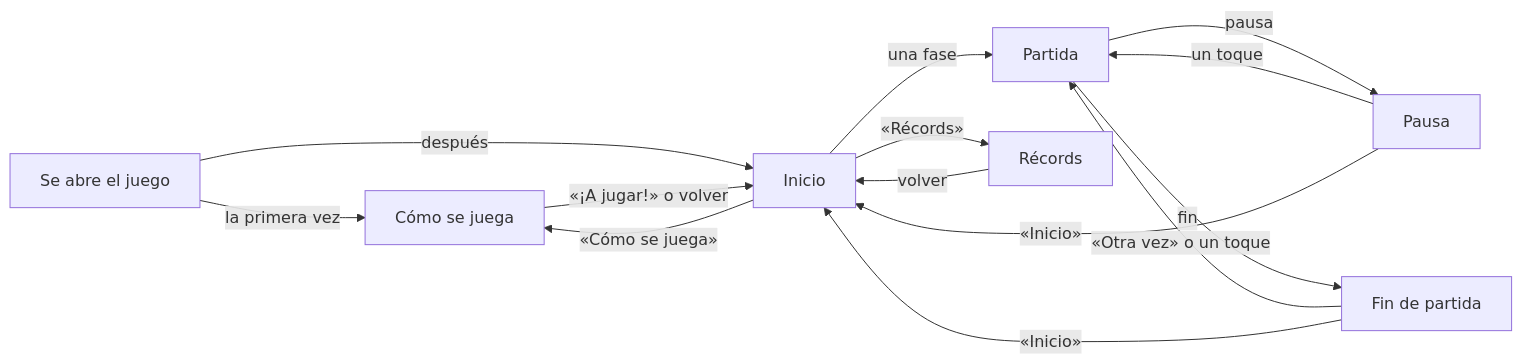
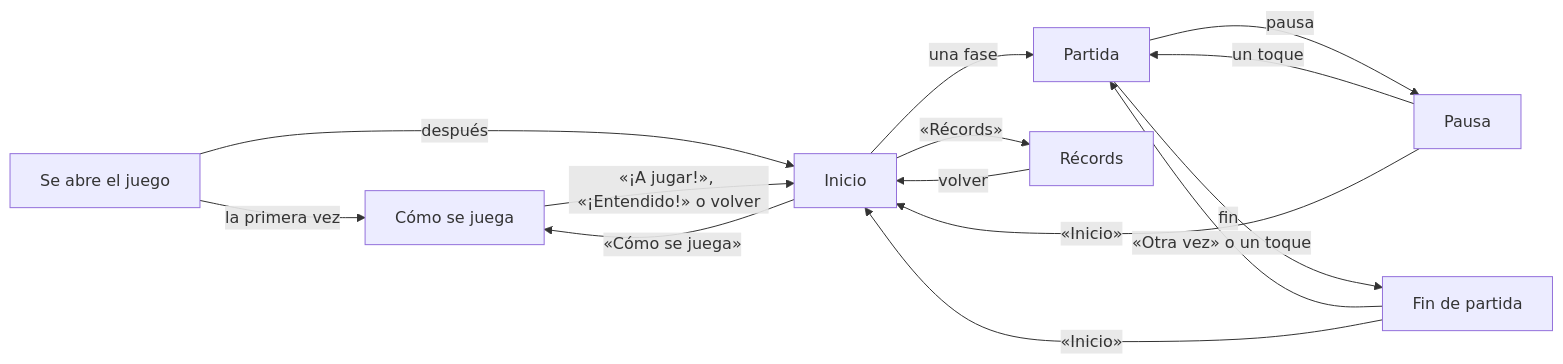
Before and after one commit to fanguskdev-io/CaroFarty-Adventures: the diagram in docs/pantallas.md, drawn with Mermaid. The commit also changed other lines of this file and 80 other files, not shown here.

````diff
--- a/docs/pantallas.md
+++ b/docs/pantallas.md
@@ -7,16 +9,16 @@
 ```mermaid
 flowchart LR
     A[Se abre el juego] -->|la primera vez| B[Cómo se juega]
     A -->|después| C[Inicio]
-    B -->|«¡A jugar!» o volver| C
+    B -->|«¡A jugar!», «¡Entendido!» o volver| C
     C -->|una fase| D[Partida]
     C -->|«Récords»| E[Récords]
     C -->|«Cómo se juega»| B
     E -->|volver| C
     D -->|pausa| F[Pausa]
     F -->|un toque| D
     F -->|«Inicio»| C
     D -->|fin| G[Fin de partida]
     G -->|«Otra vez» o un toque| D
     G -->|«Inicio»| C
 ```
````
